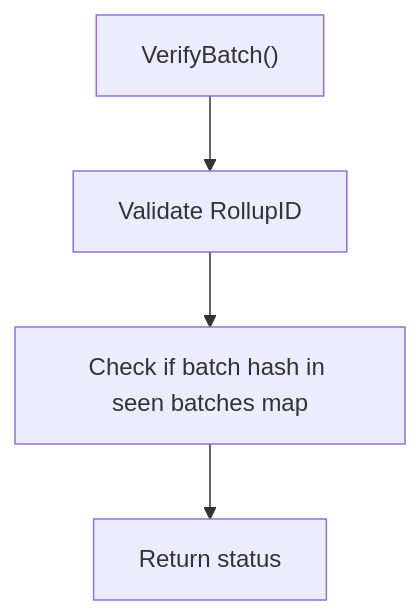
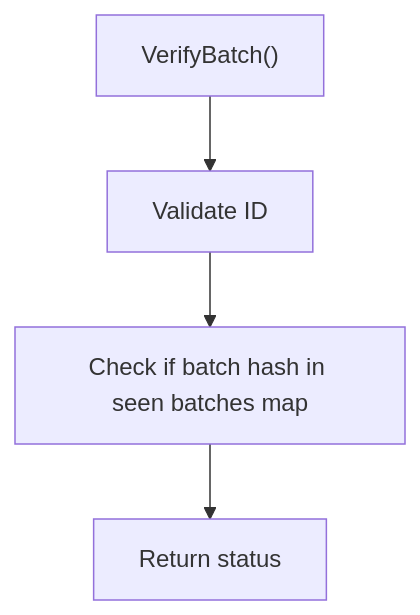
The sixth of 6 diagrams in sequencers/single/README.md (rollkit/rollkit), drawn with Mermaid before and after one commit. The commit also changed other lines of this file and 27 other files, not shown here.

````diff
--- a/sequencers/single/README.md
+++ b/sequencers/single/README.md
@@ -97,6 +97,6 @@
 ```mermaid
 flowchart TD
-    A["VerifyBatch()"] --> B["Validate RollupID"]
+    A["VerifyBatch()"] --> B["Validate ID"]
     B --> C["Check if batch hash in seen batches map"]
     C --> D["Return status"]
 ```
````
